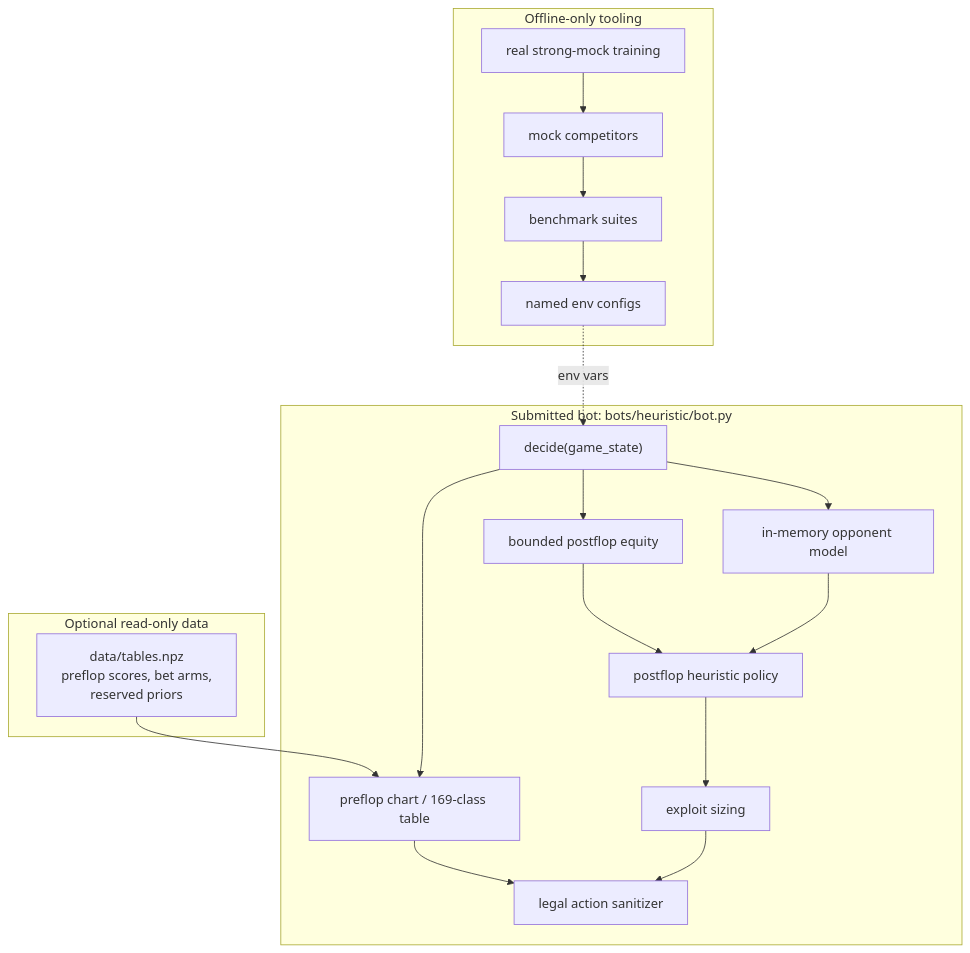
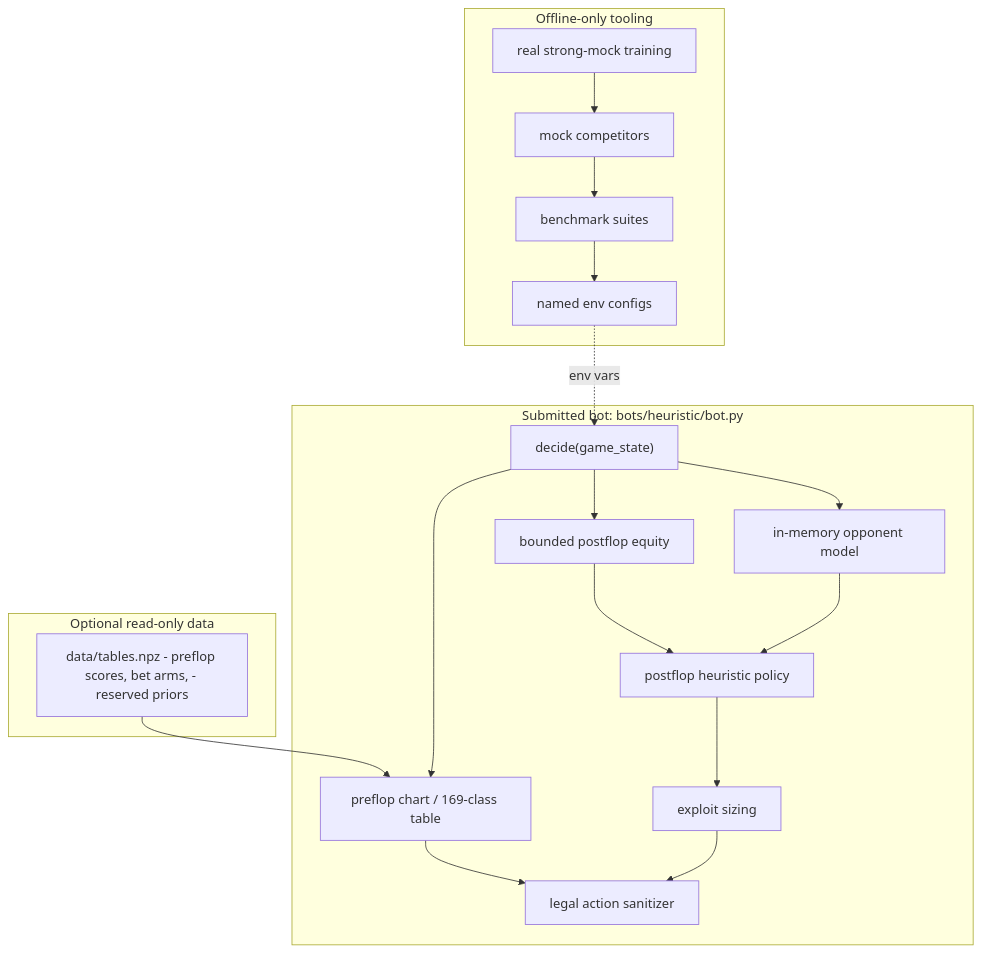
One commit to kosunghun317/fullhouse-engine changed the diagram in docs/heuristic-bot-plan.md. Above: the diagram before and after it, drawn with Mermaid. The commit also changed 13 other files, not shown here.

Commit message:
docs: normalize mermaid diagrams

````diff
--- a/docs/heuristic-bot-plan.md
+++ b/docs/heuristic-bot-plan.md
@@ -58,37 +58,37 @@
 ```mermaid
-graph TB
+graph TD
     subgraph Submitted["Submitted bot: bots/heuristic/bot.py"]
         Entry["decide(game_state)"]
         Memory["in-memory opponent model"]
         Preflop["preflop chart / 169-class table"]
         Equity["bounded postflop equity"]
         Postflop["postflop heuristic policy"]
         Sizing["exploit sizing"]
         Sanitizer["legal action sanitizer"]
     end
 
     subgraph Data["Optional read-only data"]
-        Tables["data/tables.npz\npreflop scores, bet arms,\nreserved priors"]
+        Tables["data/tables.npz - preflop scores, bet arms, - reserved priors"]
     end
 
     subgraph Offline["Offline-only tooling"]
         Bench["benchmark suites"]
         Configs["named env configs"]
         Mocks["mock competitors"]
         RealTrain["real strong-mock training"]
     end
 
     Tables --> Preflop
     Entry --> Memory
     Entry --> Preflop
     Entry --> Equity
     Equity --> Postflop
     Memory --> Postflop
     Preflop --> Sanitizer
     Postflop --> Sizing
     Sizing --> Sanitizer
     Bench --> Configs
     Mocks --> Bench
     RealTrain --> Mocks
     Configs -.env vars.-> Entry
 ```
````
